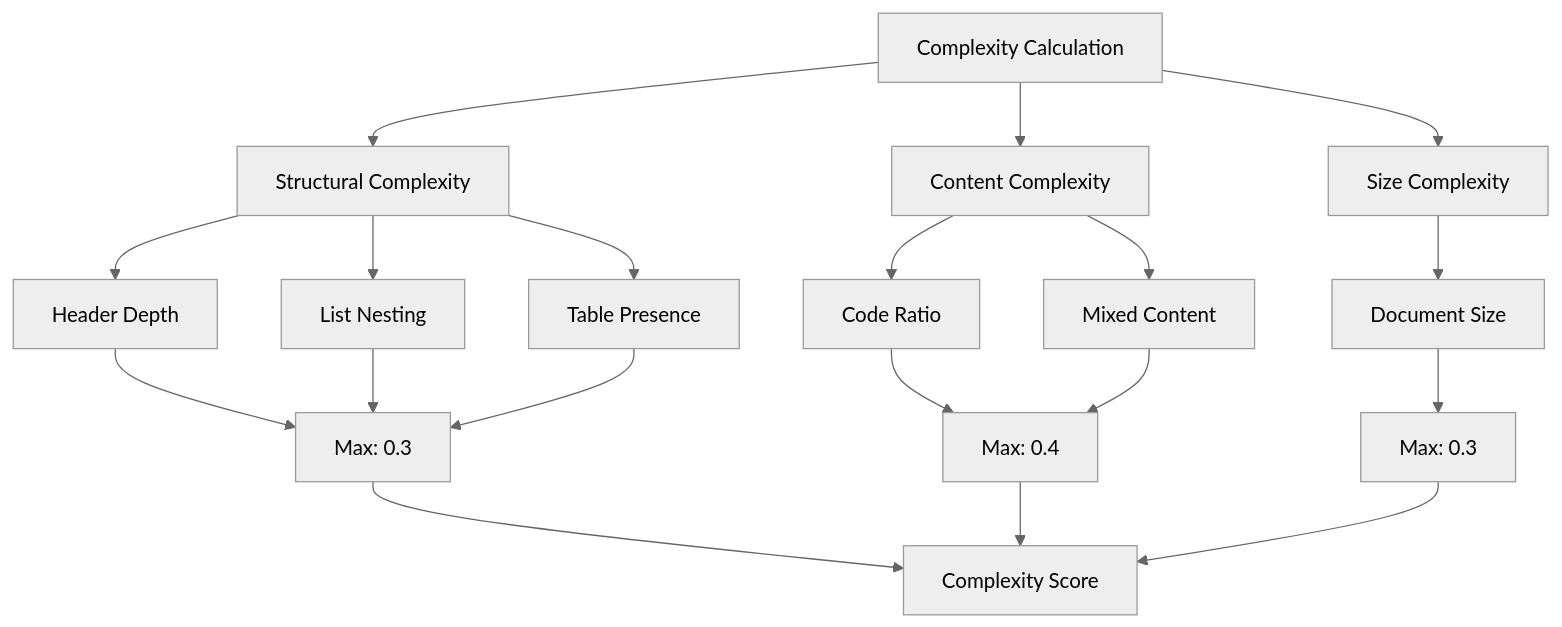
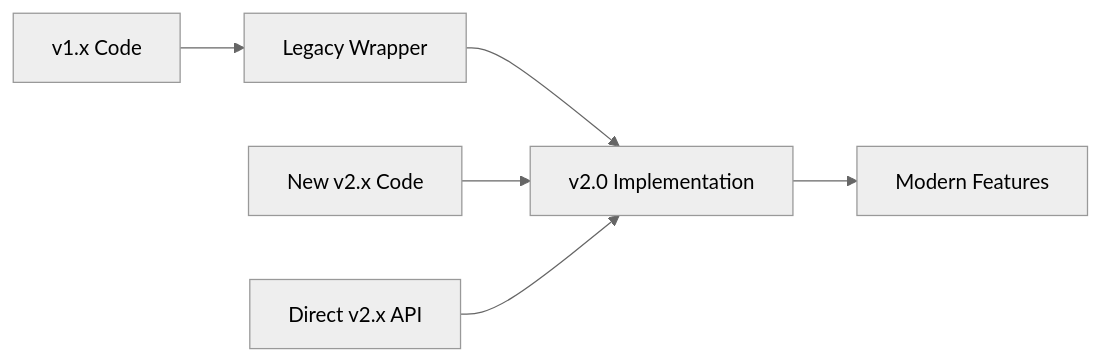
One commit to asukhodko/dify-markdown-chunker changed the sixth of 6 diagrams in .qoder/repowiki/en/content/Core Concepts/Core Concepts.md. Above: the diagram before and after it, drawn with Mermaid (neutral theme). The commit also changed other lines of this file and 205 other files, not shown here.

````diff
--- a/.qoder/repowiki/en/content/Core Concepts/Core Concepts.md
+++ b/.qoder/repowiki/en/content/Core Concepts/Core Concepts.md
@@ -301,21 +495,8 @@
 ```mermaid
-flowchart TD
-A["Complexity Calculation"] --> B["Structural Complexity"]
-A --> C["Content Complexity"]
-A --> D["Size Complexity"]
-B --> B1["Header Depth"]
-B --> B2["List Nesting"]
-B --> B3["Table Presence"]
-C --> C1["Code Ratio"]
-C --> C2["Mixed Content"]
-D --> D1["Document Size"]
-B1 --> E["Max: 0.3"]
-B2 --> E
-B3 --> E
-C1 --> F["Max: 0.4"]
-C2 --> F
-D1 --> G["Max: 0.3"]
-E --> H["Complexity Score"]
-F --> H
-G --> H
+flowchart LR
+A["v1.x Code"] --> B["Legacy Wrapper"]
+B --> C["v2.0 Implementation"]
+C --> D["Modern Features"]
+E["New v2.x Code"] --> C
+F["Direct v2.x API"] --> C
 ```
````
